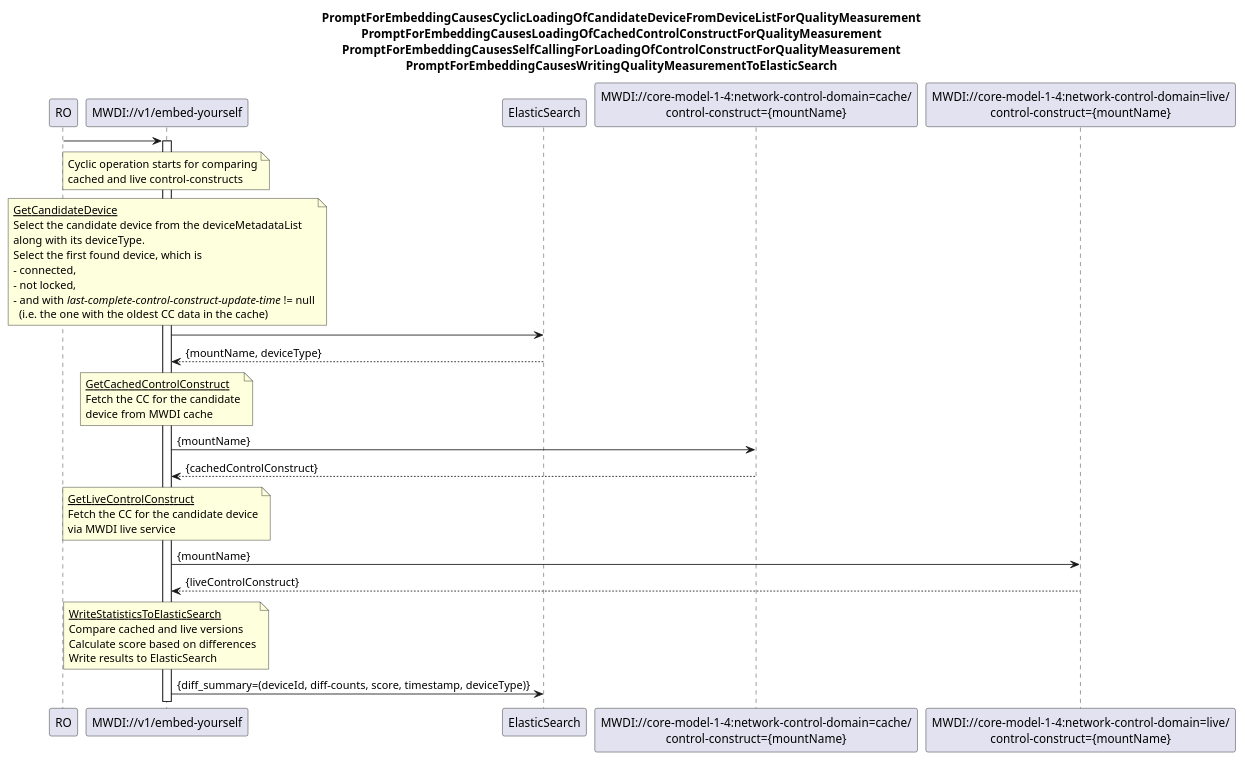
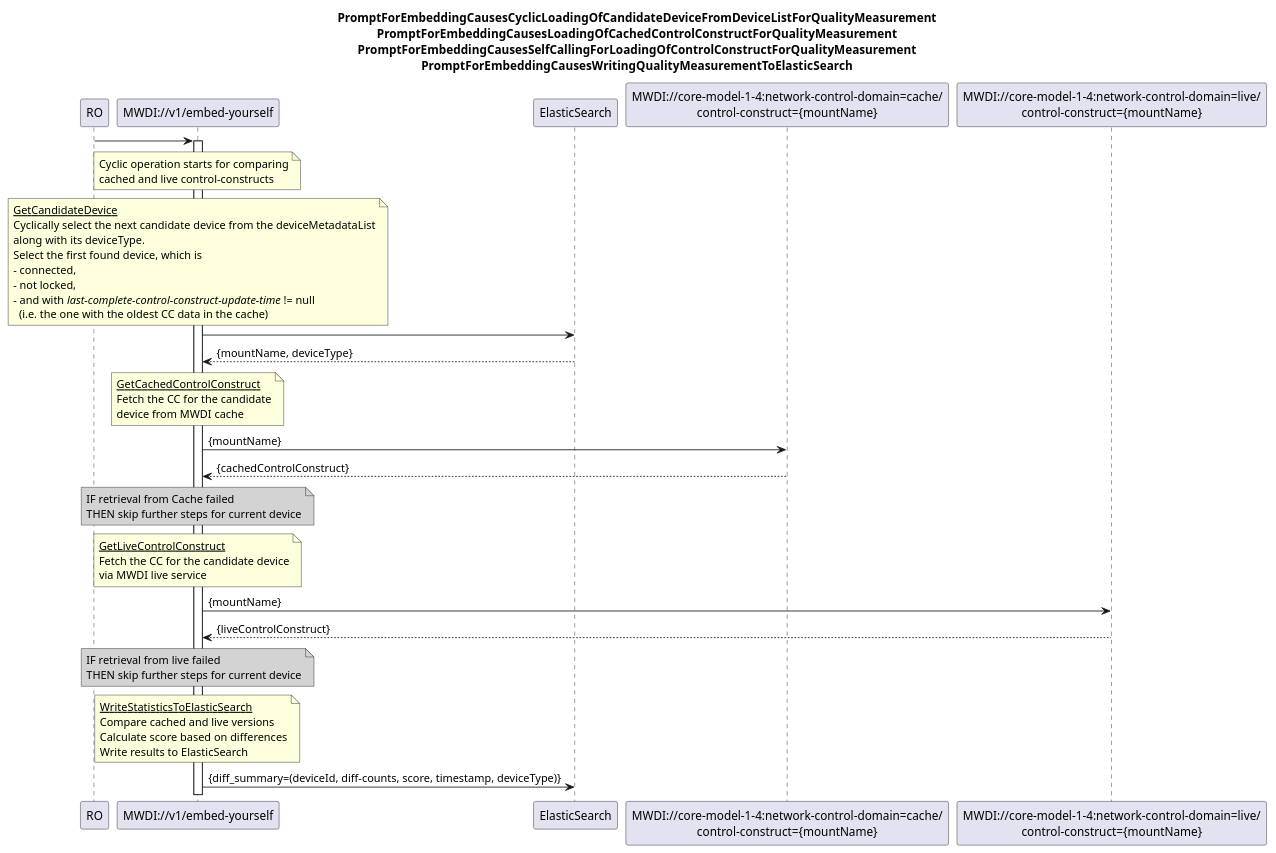
Before and after one commit to openBackhaul/MicroWaveDeviceInventory: the diagram in spec/diagrams/00z_CyclicCacheQualityMeasurement.plantuml, drawn with PlantUML. The commit also changed 1 other file, not shown here.

```diff
--- a/spec/diagrams/00z_CyclicCacheQualityMeasurement.plantuml
+++ b/spec/diagrams/00z_CyclicCacheQualityMeasurement.plantuml
@@ -1,72 +1,81 @@
 @startuml 00z_CyclicCacheQualityMeasurement
 
 skinparam responseMessageBelowArrow true
 
  
 title
 PromptForEmbeddingCausesCyclicLoadingOfCandidateDeviceFromDeviceListForQualityMeasurement
 PromptForEmbeddingCausesLoadingOfCachedControlConstructForQualityMeasurement
 PromptForEmbeddingCausesSelfCallingForLoadingOfControlConstructForQualityMeasurement
 PromptForEmbeddingCausesWritingQualityMeasurementToElasticSearch
 end title
  
 participant RO as ro
 
 participant "MWDI://v1/embed-yourself" as mwdi
 participant "ElasticSearch" as es
 participant "MWDI://core-model-1-4:network-control-domain=cache/\ncontrol-construct={mountName}" as cache
 participant "MWDI://core-model-1-4:network-control-domain=live/\ncontrol-construct={mountName}" as live 
 
 
 ro -> mwdi
 
 activate mwdi
 
 note over mwdi
 Cyclic operation starts for comparing
 cached and live control-constructs
 end note
 
 note over mwdi
   <u>GetCandidateDevice</u>
-  Select the candidate device from the deviceMetadataList
+  Cyclically select the next candidate device from the deviceMetadataList
   along with its deviceType.
   Select the first found device, which is
   - connected,
   - not locked,
   - and with <i>last-complete-control-construct-update-time</i> != null
     (i.e. the one with the oldest CC data in the cache)
 end note
 mwdi -> es
 es --> mwdi : {mountName, deviceType}
 
 note over mwdi
   <u>GetCachedControlConstruct</u>
   Fetch the CC for the candidate
   device from MWDI cache
 end note
 mwdi -> cache : {mountName}
 cache --> mwdi : {cachedControlConstruct}
 
+note over mwdi #LightGray
+  IF retrieval from Cache failed
+  THEN skip further steps for current device
+end note
+
 note over mwdi
   <u>GetLiveControlConstruct</u>
   Fetch the CC for the candidate device
   via MWDI live service
 end note
 mwdi -> live : {mountName}
 live --> mwdi :  {liveControlConstruct}
 
+note over mwdi #LightGray
+  IF retrieval from live failed
+  THEN skip further steps for current device
+end note
  
 note over mwdi
   <u>WriteStatisticsToElasticSearch</u>
   Compare cached and live versions
   Calculate score based on differences
   Write results to ElasticSearch
 end note
 
 
 mwdi -> es : {diff_summary=(deviceId, diff-counts, score, timestamp, deviceType)}
 
  
 
 @enduml
```
